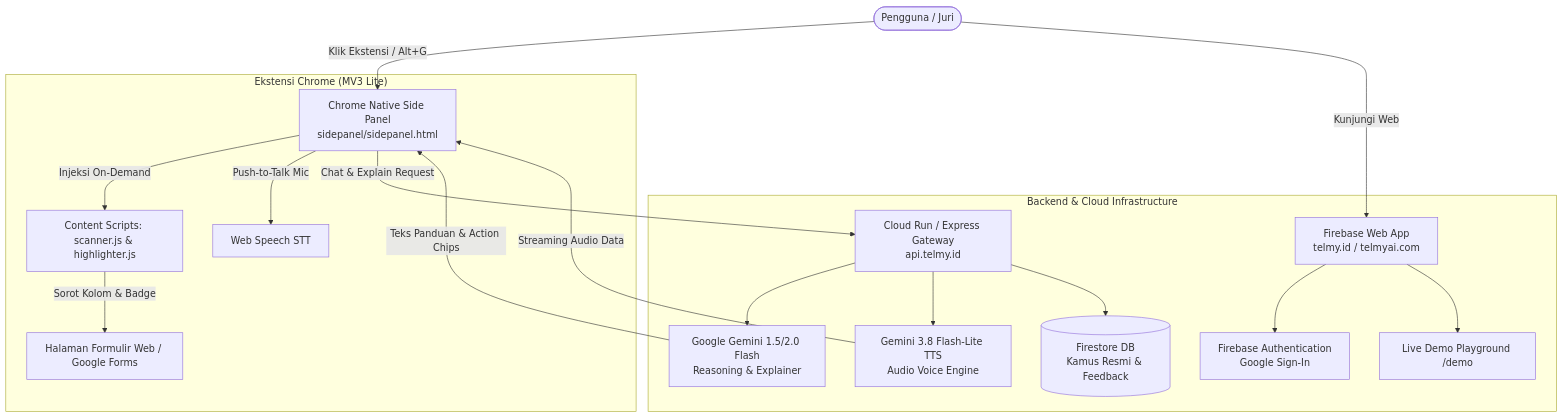
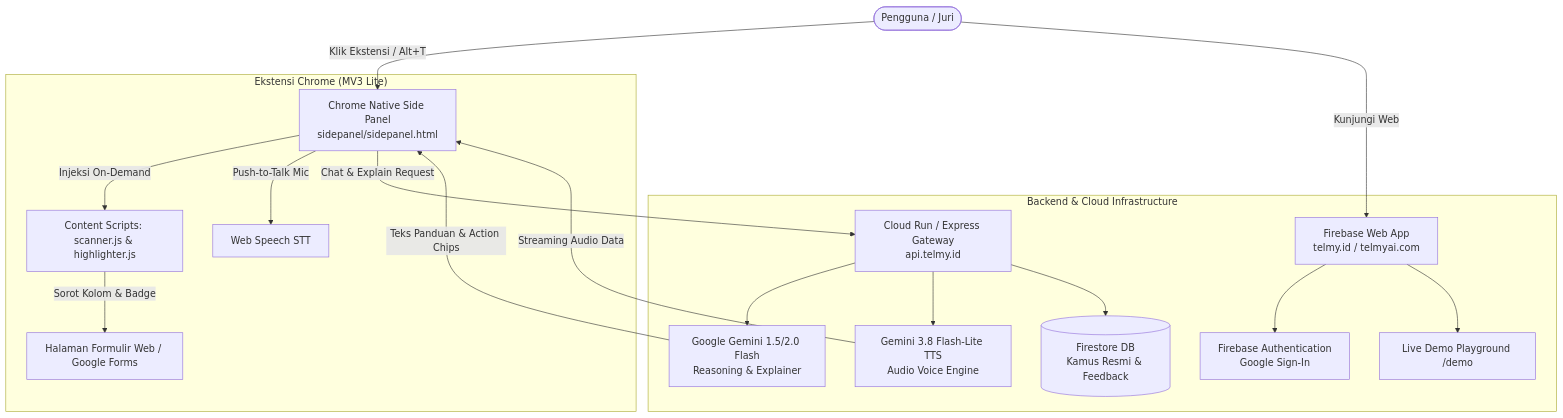
One commit to arfabi/telmy.ai changed the diagram in docs/PRD.md. Above: the diagram before and after it, drawn with Mermaid. The commit also changed other lines of this file and 18 other files, not shown here.

````diff
--- a/docs/PRD.md
+++ b/docs/PRD.md
@@ -94,26 +94,26 @@
 ```mermaid
 graph TD
-    User([Pengguna / Juri]) -->|Klik Ekstensi / Alt+G| SidePanel[Chrome Native Side Panel<br/>sidepanel/sidepanel.html]
+    User([Pengguna / Juri]) -->|Klik Ekstensi / Alt+T| SidePanel[Chrome Native Side Panel<br/>sidepanel/sidepanel.html]
     User -->|Kunjungi Web| WebApp[Firebase Web App<br/>telmy.id / telmyai.com]
 
     subgraph ChromeExtension ["Ekstensi Chrome (MV3 Lite)"]
         SidePanel -->|Injeksi On-Demand| ContentScripts[Content Scripts: scanner.js & highlighter.js]
         SidePanel -->|Push-to-Talk Mic| SpeechRecog[Web Speech STT]
         ContentScripts -->|Sorot Kolom & Badge| TargetForm[Halaman Formulir Web / Google Forms]
     end
 
     subgraph FirebaseCloud ["Backend & Cloud Infrastructure"]
         WebApp --> Auth[Firebase Authentication<br/>Google Sign-In]
         WebApp --> WebDemo[Live Demo Playground /demo]
         
         APIGateway[Cloud Run / Express Gateway<br/>api.telmy.id]
         SidePanel -->|Chat & Explain Request| APIGateway
         
         APIGateway --> GeminiLLM[Google Gemini 1.5/2.0 Flash<br/>Reasoning & Explainer]
         APIGateway --> GeminiTTS[Gemini 3.8 Flash-Lite TTS<br/>Audio Voice Engine]
         APIGateway --> Firestore[(Firestore DB<br/>Kamus Resmi & Feedback)]
     end
 
     GeminiTTS -->|Streaming Audio Data| SidePanel
     GeminiLLM -->|Teks Panduan & Action Chips| SidePanel
 ```
````
